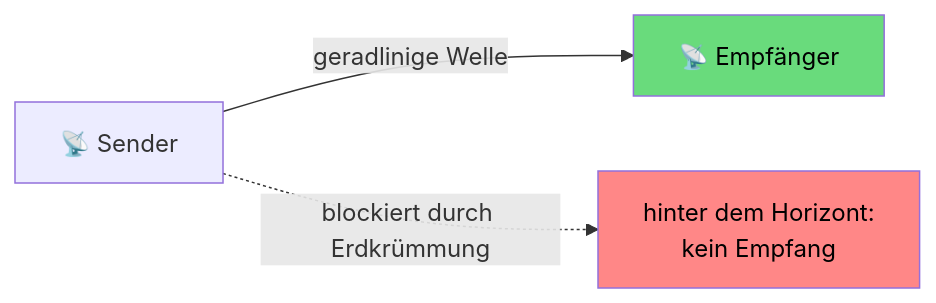
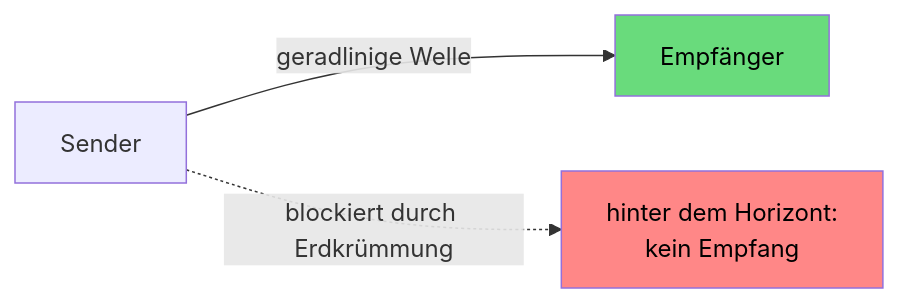
The first of 3 diagrams in content/Funkkurs/Funk Generell/Funkkurs — Technik (Wellen, Antenne, Geräte).md (maaxhe/notes.maximleopold.com), drawn with Mermaid before and after one commit. The commit also changed other lines of this file and 25 other files, not shown here.

````diff
--- a/content/Funkkurs/Funk Generell/Funkkurs — Technik (Wellen, Antenne, Geräte).md
+++ b/content/Funkkurs/Funk Generell/Funkkurs — Technik (Wellen, Antenne, Geräte).md
@@ -20,7 +18,7 @@
 ```mermaid
 flowchart LR
-    TX[📡 Sender] -->|geradlinige Welle| RX[📡 Empfänger]
-    TX -.->|blockiert durch Erdkrümmung| H[hinter dem Horizont:<br/>kein Empfang]
-    style RX fill:#69db7c,color:#000
-    style H fill:#ff8787,color:#000
+ TX[ Sender] -->|geradlinige Welle| RX[ Empfänger]
+ TX -.->|blockiert durch Erdkrümmung| H[hinter dem Horizont:<br/>kein Empfang]
+ style RX fill:#69db7c,color:#000
+ style H fill:#ff8787,color:#000
 ```
````
